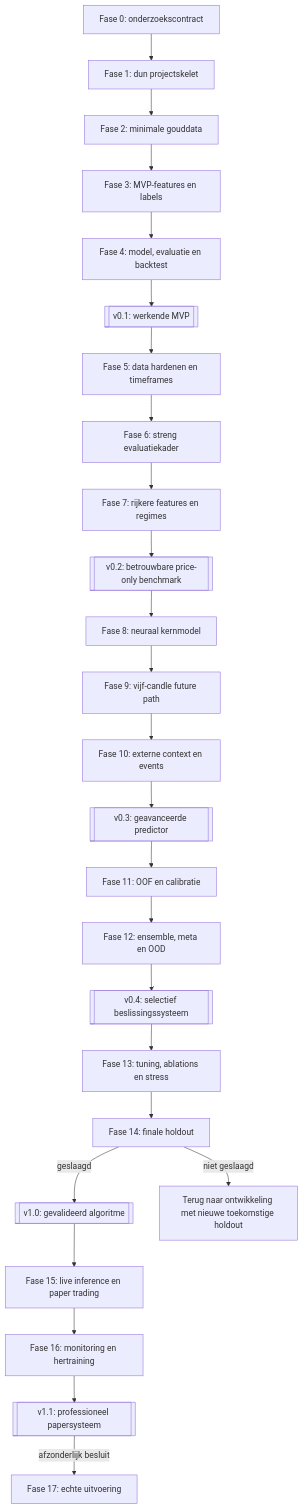
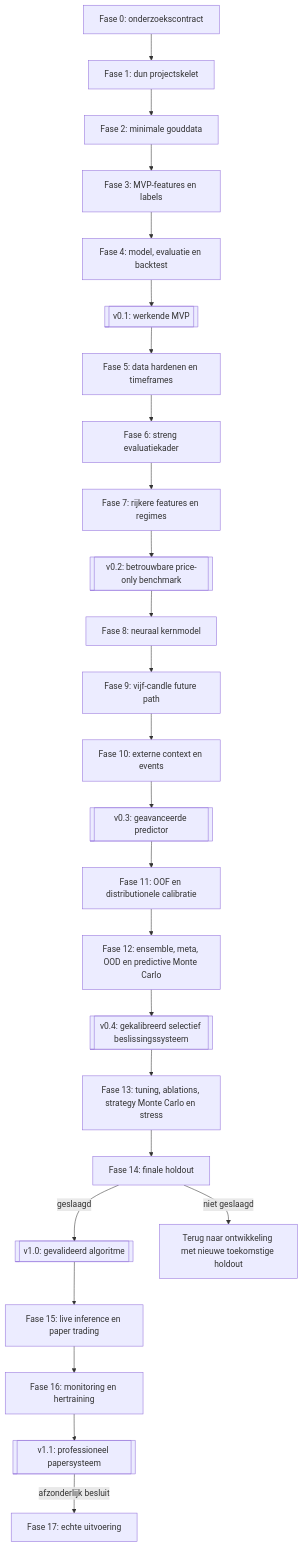
One commit to LorFerSilve/aurum-forecasting-tool changed the diagram in roadmap.md. Above: the diagram before and after it, drawn with Mermaid. The commit also changed other lines of this file and 2 other files, not shown here.

Commit message:
Adopt Monte Carlo roadmap integration

````diff
--- a/roadmap.md
+++ b/roadmap.md
@@ -172,33 +173,33 @@
 ```mermaid
 flowchart TD
     P0[Fase 0: onderzoekscontract] --> P1[Fase 1: dun projectskelet]
     P1 --> P2[Fase 2: minimale gouddata]
     P2 --> P3[Fase 3: MVP-features en labels]
     P3 --> P4[Fase 4: model, evaluatie en backtest]
     P4 --> M1[[v0.1: werkende MVP]]
 
     M1 --> P5[Fase 5: data hardenen en timeframes]
     P5 --> P6[Fase 6: streng evaluatiekader]
     P6 --> P7[Fase 7: rijkere features en regimes]
     P7 --> M2[[v0.2: betrouwbare price-only benchmark]]
 
     M2 --> P8[Fase 8: neuraal kernmodel]
     P8 --> P9[Fase 9: vijf-candle future path]
     P9 --> P10[Fase 10: externe context en events]
     P10 --> M3[[v0.3: geavanceerde predictor]]
 
-    M3 --> P11[Fase 11: OOF en calibratie]
-    P11 --> P12[Fase 12: ensemble, meta en OOD]
-    P12 --> M4[[v0.4: selectief beslissingssysteem]]
+    M3 --> P11[Fase 11: OOF en distributionele calibratie]
+    P11 --> P12[Fase 12: ensemble, meta, OOD en predictive Monte Carlo]
+    P12 --> M4[[v0.4: gekalibreerd selectief beslissingssysteem]]
 
-    M4 --> P13[Fase 13: tuning, ablations en stress]
+    M4 --> P13[Fase 13: tuning, ablations, strategy Monte Carlo en stress]
     P13 --> P14[Fase 14: finale holdout]
     P14 -->|geslaagd| M5[[v1.0: gevalideerd algoritme]]
     P14 -->|niet geslaagd| R[Terug naar ontwikkeling met nieuwe toekomstige holdout]
 
     M5 --> P15[Fase 15: live inference en paper trading]
     P15 --> P16[Fase 16: monitoring en hertraining]
     P16 --> M6[[v1.1: professioneel papersysteem]]
 
     M6 -->|afzonderlijk besluit| P17[Fase 17: echte uitvoering]
 ```
````
